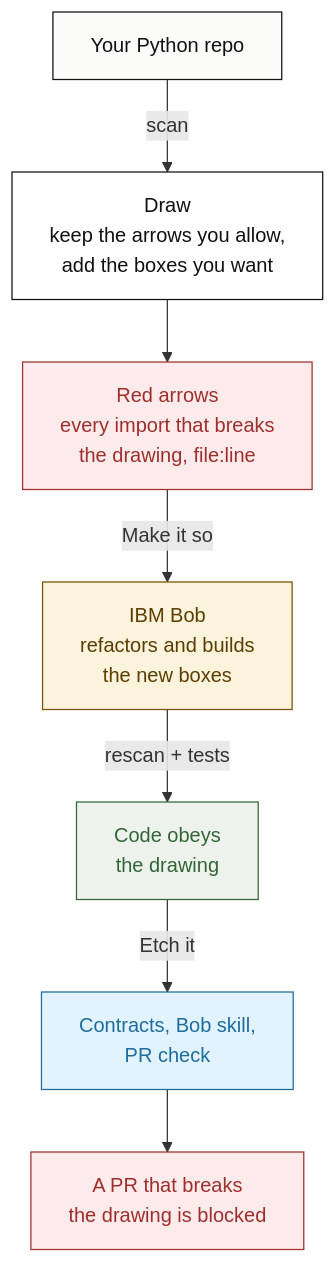
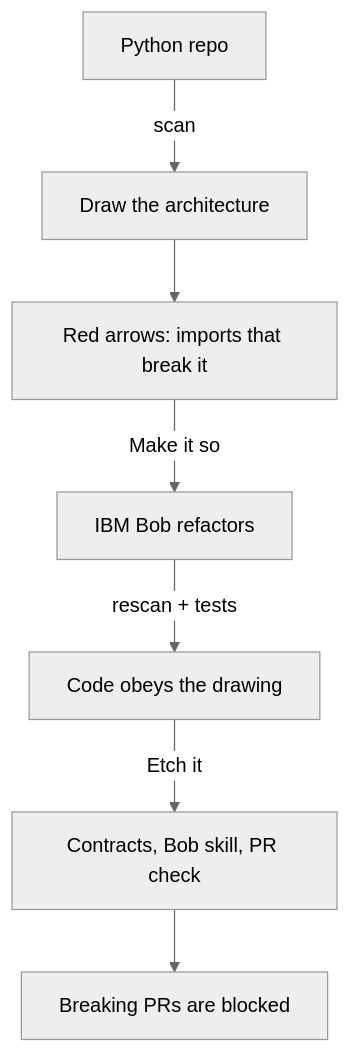
The first of 3 diagrams in README.md (SolaimanK05/etch), drawn with Mermaid before and after one commit. The commit also changed other lines of this file and 3 other files, not shown here.

Commit message:
README: minimal grayscale diagrams; screenshots show the Bobcoin budget picker

````diff
--- a/README.md
+++ b/README.md
@@ -52,17 +52,10 @@
 ```mermaid
+%%{init: {"theme": "neutral"}}%%
 flowchart TD
-    A["Your Python repo"] -->|scan| B["Draw<br/>keep the arrows you allow,<br/>add the boxes you want"]
-    B --> C["Red arrows<br/>every import that breaks<br/>the drawing, file:line"]
-    C -->|Make it so| D["IBM Bob<br/>refactors and builds<br/>the new boxes"]
-    D -->|rescan + tests| E["Code obeys<br/>the drawing"]
-    E -->|Etch it| F["Contracts, Bob skill,<br/>PR check"]
-    F --> G["A PR that breaks<br/>the drawing is blocked"]
-
-    style A fill:#FBFBFA,stroke:#111111,color:#111111
-    style B fill:#FFFFFF,stroke:#111111,color:#111111
-    style C fill:#FDEBEC,stroke:#9F2F2D,color:#9F2F2D
-    style D fill:#FBF3DB,stroke:#7A5200,color:#5C3D00
-    style E fill:#EDF3EC,stroke:#346538,color:#346538
-    style F fill:#E1F3FE,stroke:#1F6C9F,color:#1F6C9F
-    style G fill:#FDEBEC,stroke:#9F2F2D,color:#9F2F2D
+    A[Python repo] -->|scan| B[Draw the architecture]
+    B --> C[Red arrows: imports that break it]
+    C -->|Make it so| D[IBM Bob refactors]
+    D -->|rescan + tests| E[Code obeys the drawing]
+    E -->|Etch it| F[Contracts, Bob skill, PR check]
+    F --> G[Breaking PRs are blocked]
 ```
````
